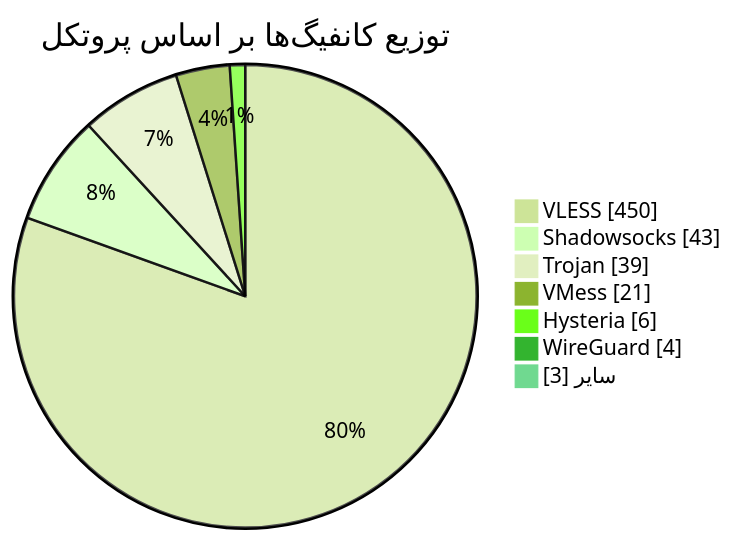
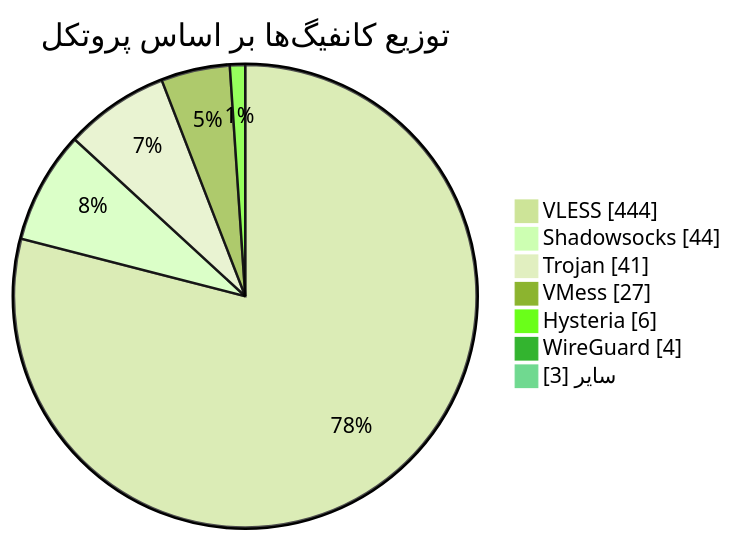
Before and after one commit to Arian-Alijani/Somthing: the diagram in README.md, drawn with Mermaid (forest theme). The commit also changed other lines of this file and 17 other files, not shown here.

````diff
--- a/README.md
+++ b/README.md
@@ -49,11 +49,11 @@
 ```mermaid
 pie showData
     title توزیع کانفیگ‌ها بر اساس پروتکل
-    "VLESS" : 450
-    "Shadowsocks" : 43
-    "Trojan" : 39
-    "VMess" : 21
+    "VLESS" : 444
+    "Shadowsocks" : 44
+    "Trojan" : 41
+    "VMess" : 27
     "Hysteria" : 6
     "WireGuard" : 4
     "سایر" : 3
 ```
````
